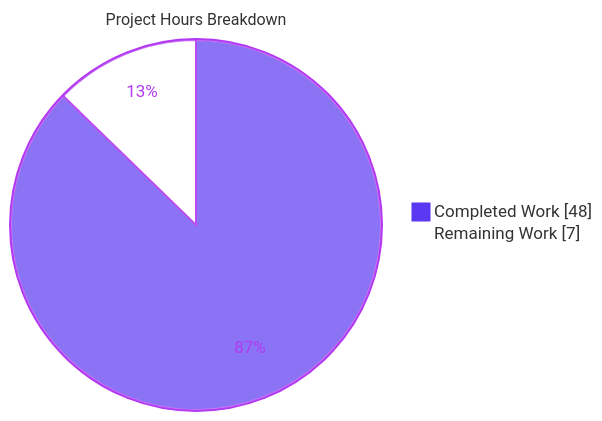
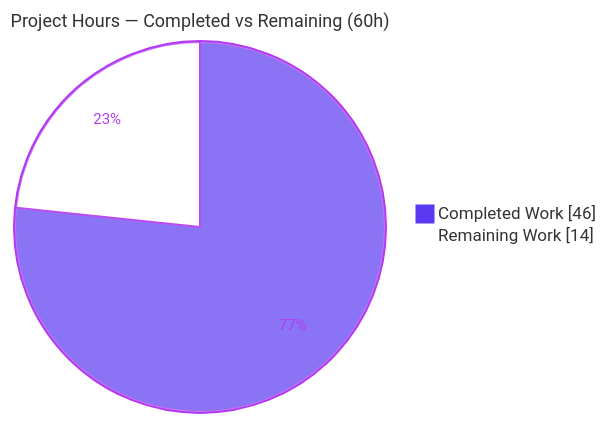
One commit to ajitblitzy/Society_Mngt_26-Jun-2026-Afternoon changed the second of 3 diagrams in blitzy/documentation/Project Guide.md. Above: the diagram before and after it, drawn with Mermaid. The commit also changed other lines of this file, not shown here.

Commit message:
Adding Blitzy Project Guide: Project Status and Human Tasks Remaining

````diff
--- a/blitzy/documentation/Project Guide.md
+++ b/blitzy/documentation/Project Guide.md
@@ -209,6 +183,6 @@
 ```mermaid
-%%{init: {'theme':'base', 'themeVariables': {'pie1':'#5B39F3','pie2':'#FFFFFF','pieStrokeColor':'#B23AF2','pieOuterStrokeColor':'#B23AF2','pieSectionTextColor':'#B23AF2','pieStrokeWidth':'2px','pieTitleTextSize':'16px'}}}%%
-pie showData title Project Hours Breakdown
-    "Completed Work" : 48
-    "Remaining Work" : 7
+%%{init: {'theme':'base','themeVariables':{'pie1':'#5B39F3','pie2':'#FFFFFF','pieStrokeColor':'#B23AF2','pieStrokeWidth':'2px','pieOuterStrokeColor':'#B23AF2','pieOuterStrokeWidth':'2px','pieTitleTextSize':'18px','pieSectionTextColor':'#B23AF2','pieSectionTextSize':'15px','pieLegendTextColor':'#333333'}}}%%
+pie showData title Project Hours — Completed vs Remaining (60h)
+    "Completed Work" : 46
+    "Remaining Work" : 14
 ```
````
